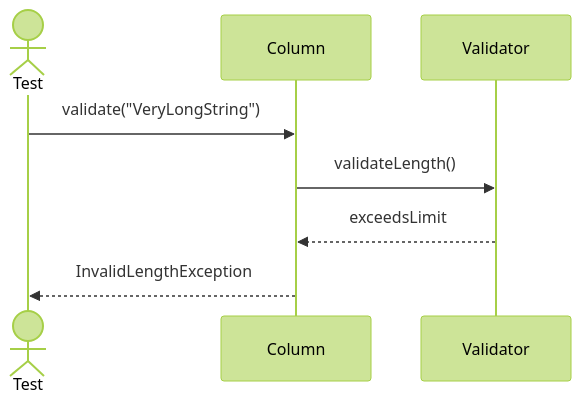
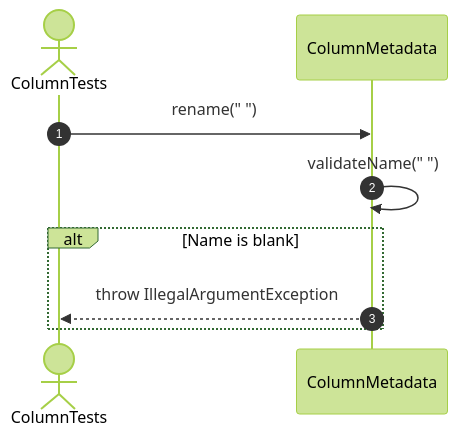
One commit to FhuAnn/-bbv-AN-s-DBMS changed the fourth of 18 diagrams in src/tests/unit/metadata/sequences/columns-testing.se.md. Above: the diagram before and after it, drawn with Mermaid (forest theme). The commit also changed other lines of this file and 60 other files, not shown here.

Commit message:
refactor data table, row, column, constraint, index test file

````diff
--- a/src/tests/unit/metadata/sequences/columns-testing.se.md
+++ b/src/tests/unit/metadata/sequences/columns-testing.se.md
@@ -58,14 +56,13 @@
 ```mermaid
 sequenceDiagram
-actor Test
-participant Column
-participant Validator
+    autonumber
+    actor Test as ColumnTests
+    participant Column as ColumnMetadata
 
-Test->>Column: validate("VeryLongString")
+    Test->>Column: rename(" ")
+    Column->>Column: validateName(" ")
 
-Column->>Validator: validateLength()
-
-Validator-->>Column: exceedsLimit
-
-Column-->>Test: InvalidLengthException
+    alt Name is blank
+        Column-->>Test: throw IllegalArgumentException
+    end
 ```
````
